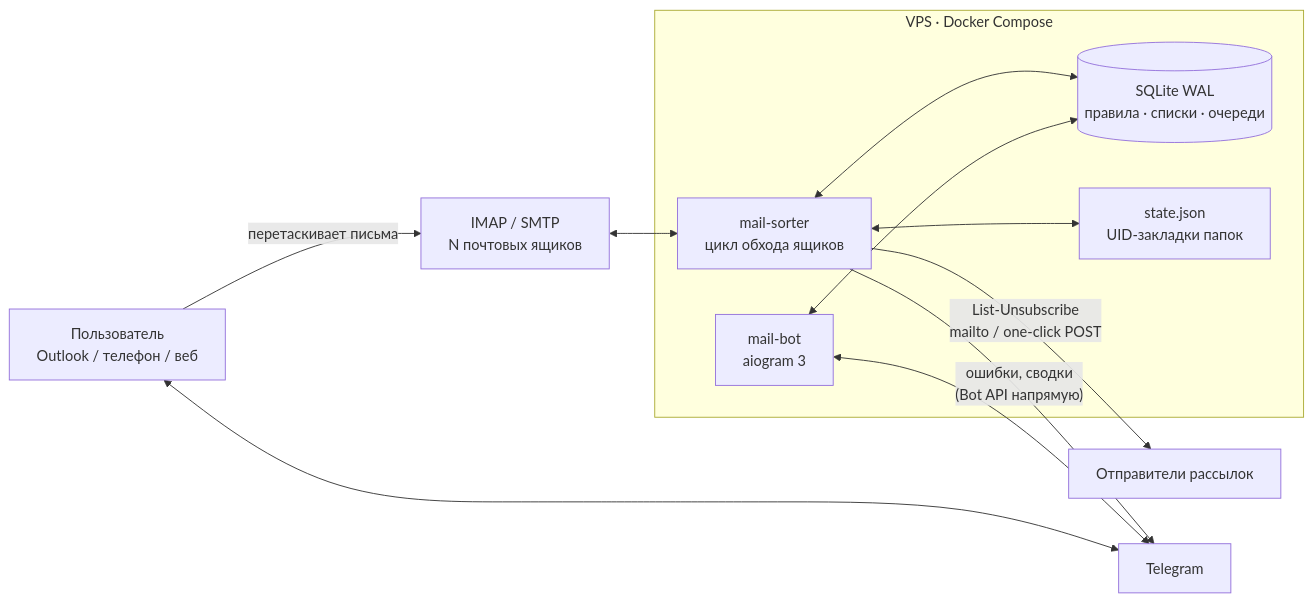
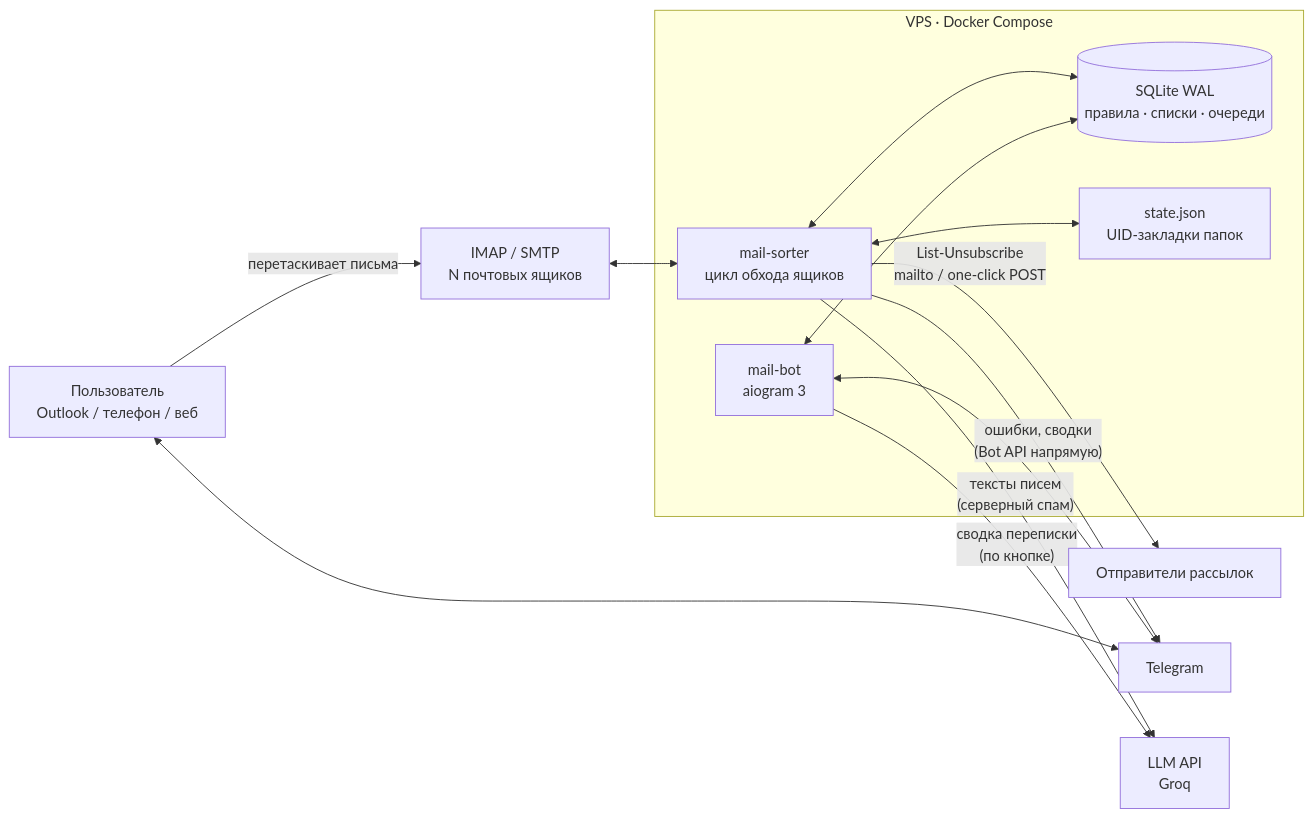
Before and after one commit to AleksandrSrk/mail-sorter: the diagram in README.md, drawn with Mermaid. The commit also changed other lines of this file, not shown here.

First line of the commit message:
README: раздел про нейронку (LLM) — где используется, лимиты, приватность

````diff
--- a/README.md
+++ b/README.md
@@ -35,18 +35,20 @@
 ```mermaid
 flowchart LR
     subgraph VPS["VPS · Docker Compose"]
         S["mail-sorter<br/>цикл обхода ящиков"]
         B["mail-bot<br/>aiogram 3"]
         DB[("SQLite WAL<br/>правила · списки · очереди")]
         ST["state.json<br/>UID-закладки папок"]
         S <--> DB
         B <--> DB
         S <--> ST
     end
     M["IMAP / SMTP<br/>N почтовых ящиков"] <--> S
     S -- "List-Unsubscribe<br/>mailto / one-click POST" --> R["Отправители рассылок"]
     S -- "ошибки, сводки<br/>(Bot API напрямую)" --> T["Telegram"]
     B <--> T
     U["Пользователь<br/>Outlook / телефон / веб"] -- "перетаскивает письма" --> M
     U <--> T
+    S -- "тексты писем<br/>(серверный спам)" --> L["LLM API<br/>Groq"]
+    B -- "сводка переписки<br/>(по кнопке)" --> L
 ```
````
